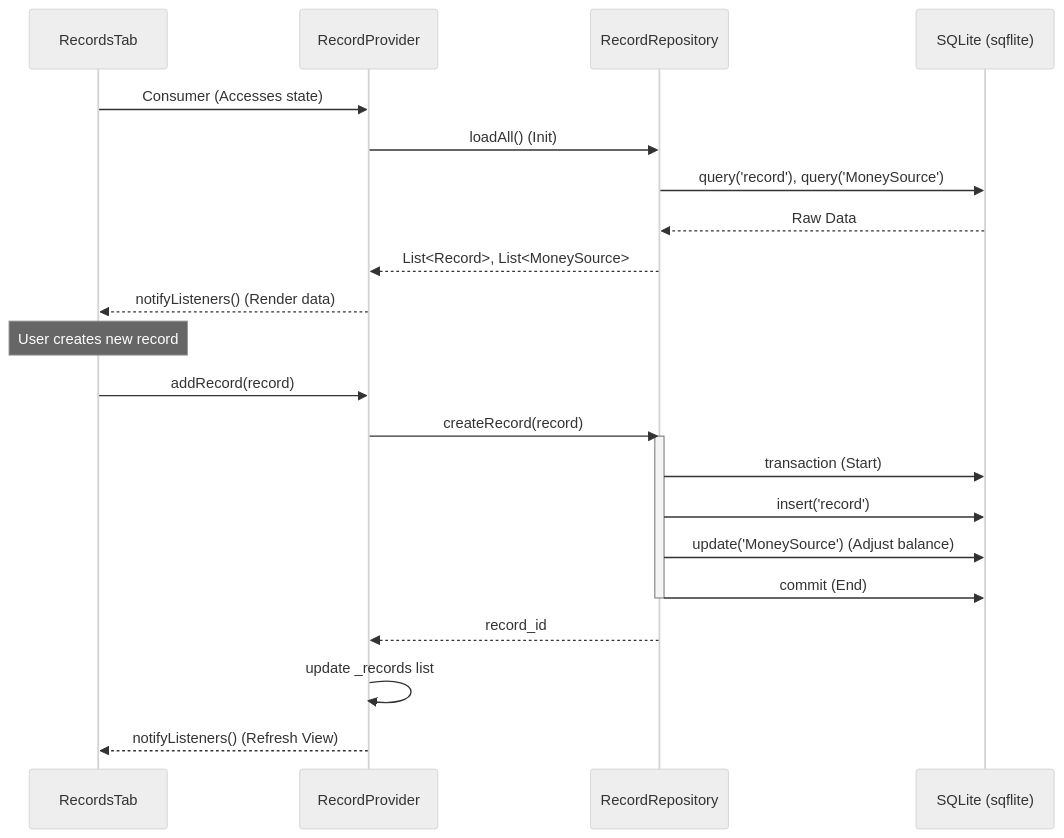
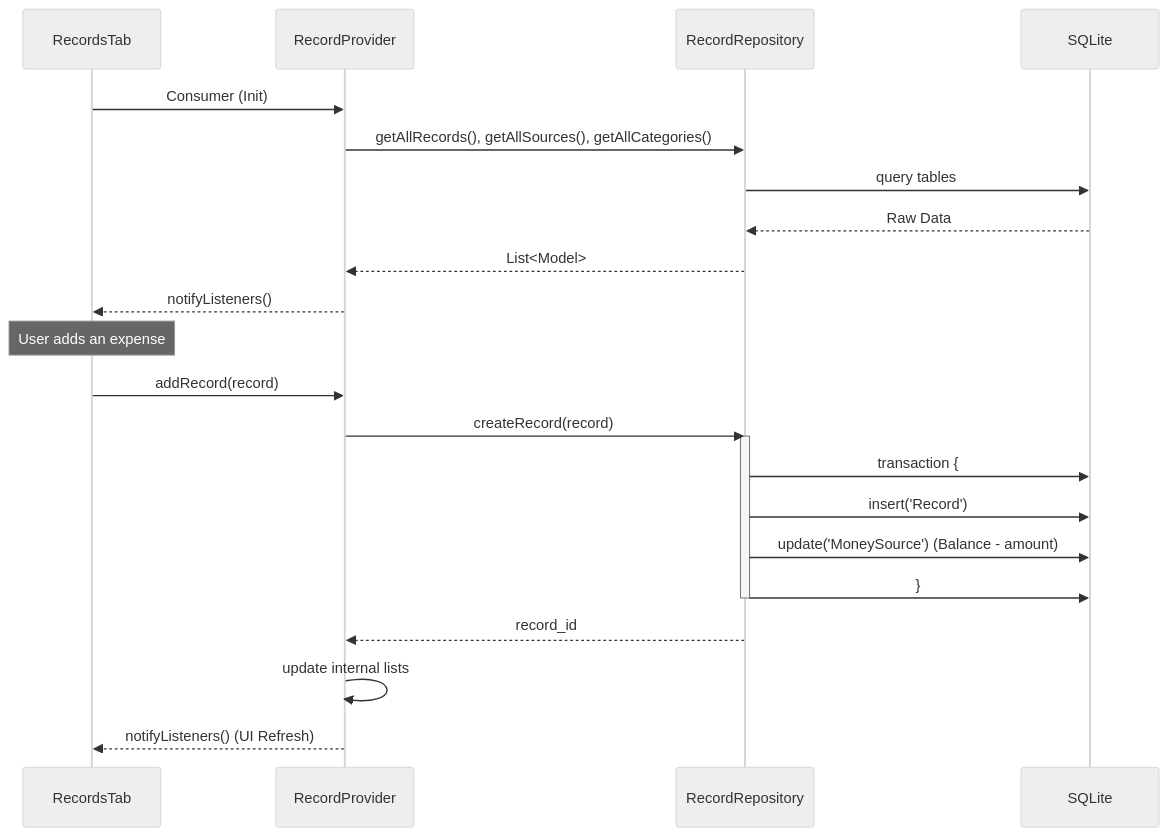
One commit to dainn67/wallet-ai changed the diagram in docs/features/expense-records.md. Above: the diagram before and after it, drawn with Mermaid (neutral theme). The commit also changed other lines of this file and 6 other files, not shown here.

````diff
--- a/docs/features/expense-records.md
+++ b/docs/features/expense-records.md
@@ -32,29 +34,29 @@
 ```mermaid
 sequenceDiagram
     participant UI as RecordsTab
     participant RP as RecordProvider
     participant RR as RecordRepository
-    participant DB as SQLite (sqflite)
+    participant DB as SQLite
 
-    UI->>RP: Consumer (Accesses state)
-    RP->>RR: loadAll() (Init)
-    RR->>DB: query('record'), query('MoneySource')
+    UI->>RP: Consumer (Init)
+    RP->>RR: getAllRecords(), getAllSources(), getAllCategories()
+    RR->>DB: query tables
     DB-->>RR: Raw Data
-    RR-->>RP: List<Record>, List<MoneySource>
-    RP-->>UI: notifyListeners() (Render data)
+    RR-->>RP: List<Model>
+    RP-->>UI: notifyListeners()
 
-    Note over UI: User creates new record
+    Note over UI: User adds an expense
     UI->>RP: addRecord(record)
     RP->>RR: createRecord(record)
     
     activate RR
-    RR->>DB: transaction (Start)
-    RR->>DB: insert('record')
-    RR->>DB: update('MoneySource') (Adjust balance)
-    RR->>DB: commit (End)
+    RR->>DB: transaction {
+    RR->>DB: insert('Record')
+    RR->>DB: update('MoneySource') (Balance - amount)
+    RR->>DB: }
     deactivate RR
     
     RR-->>RP: record_id
-    RP->>RP: update _records list
-    RP-->>UI: notifyListeners() (Refresh View)
+    RP->>RP: update internal lists
+    RP-->>UI: notifyListeners() (UI Refresh)
 ```
````
